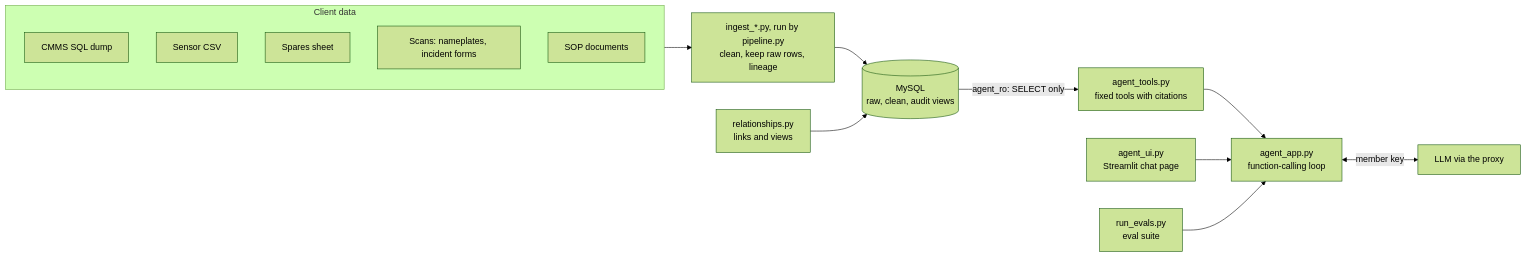
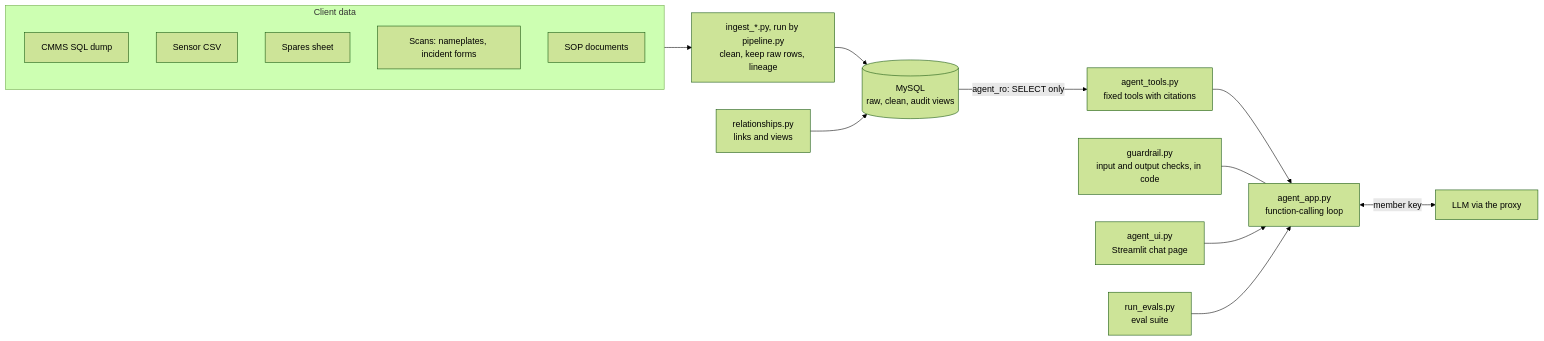
The diagram in README.md (ensanguine2279/sctp-aie-m5-jurong-marine), drawn with Mermaid (forest theme) before and after one commit. The commit also changed other lines of this file and 21 other files, not shown here.

````diff
--- a/README.md
+++ b/README.md
@@ -27,18 +28,19 @@
 ```mermaid
 flowchart LR
     subgraph SRC["Client data"]
         S1["CMMS SQL dump"]
         S2["Sensor CSV"]
         S3["Spares sheet"]
         S4["Scans: nameplates, incident forms"]
         S5["SOP documents"]
     end
     SRC --> I["ingest_*.py, run by pipeline.py<br/>clean, keep raw rows, lineage"]
     I --> DB[("MySQL<br/>raw, clean, audit views")]
     R["relationships.py<br/>links and views"] --> DB
     DB -->|"agent_ro: SELECT only"| T["agent_tools.py<br/>fixed tools with citations"]
     T --> A["agent_app.py<br/>function-calling loop"]
+    G["guardrail.py<br/>input and output checks, in code"] --- A
     A <-->|"member key"| L["LLM via the proxy"]
     U["agent_ui.py<br/>Streamlit chat page"] --> A
     E["run_evals.py<br/>eval suite"] --> A
 ```
````
